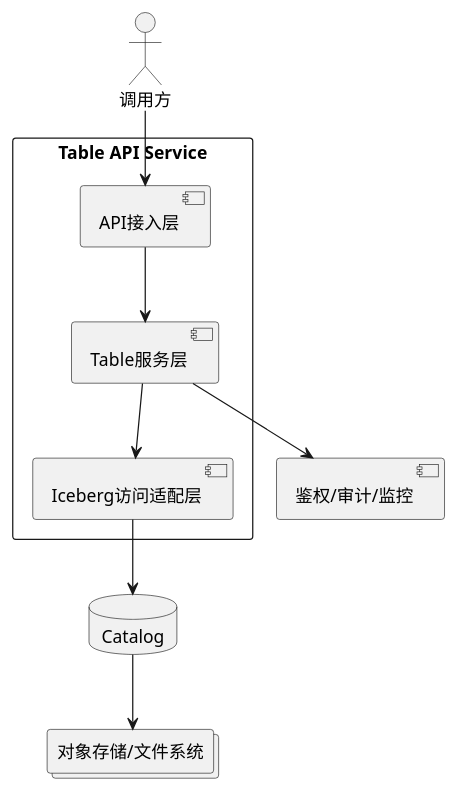
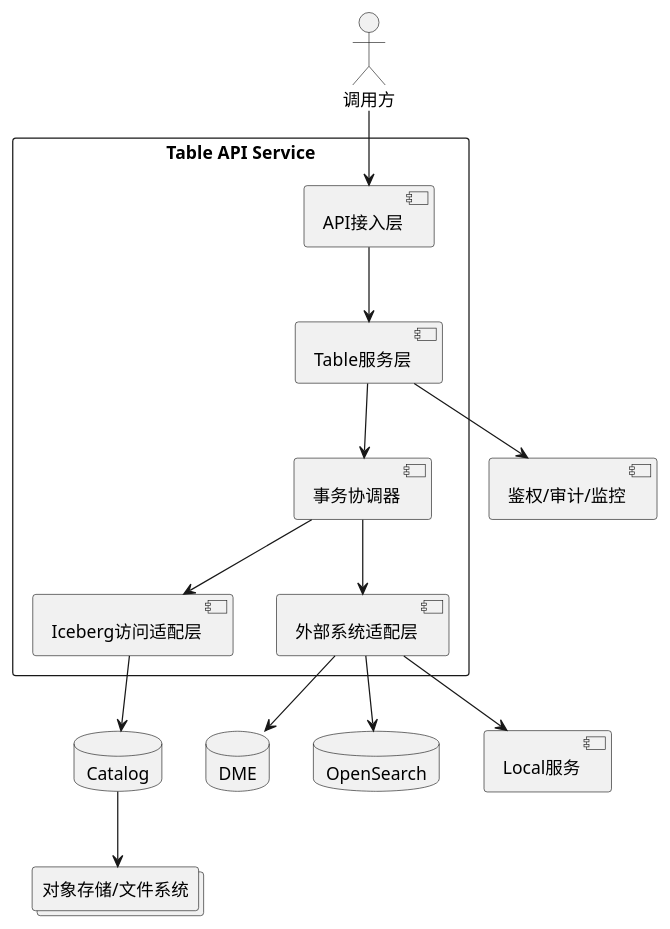
One commit to jingwang-0415/codex changed the third of 17 diagrams in Iceberg_Table接口能力_软件实现设计说明书.md. Above: the diagram before and after it, drawn with PlantUML. The commit also changed other lines of this file, not shown here.

````diff
--- a/Iceberg_Table接口能力_软件实现设计说明书.md
+++ b/Iceberg_Table接口能力_软件实现设计说明书.md
@@ -70,20 +155,30 @@
 ```plantuml
 @startuml
 actor "调用方" as Client
 rectangle "Table API Service" {
   component "API接入层" as API
   component "Table服务层" as SVC
   component "Iceberg访问适配层" as ADAPTER
+  component "事务协调器" as TX
+  component "外部系统适配层" as EXT
 }
 database "Catalog" as CATALOG
+database "DME" as DME
+database "OpenSearch" as OS
+component "Local服务" as LOCAL
 collections "对象存储/文件系统" as STORAGE
 component "鉴权/审计/监控" as DFX
 
 Client --> API
 API --> SVC
 SVC --> DFX
-SVC --> ADAPTER
+SVC --> TX
+TX --> ADAPTER
+TX --> EXT
 ADAPTER --> CATALOG
+EXT --> DME
+EXT --> OS
+EXT --> LOCAL
 CATALOG --> STORAGE
 @enduml
 ```
````
